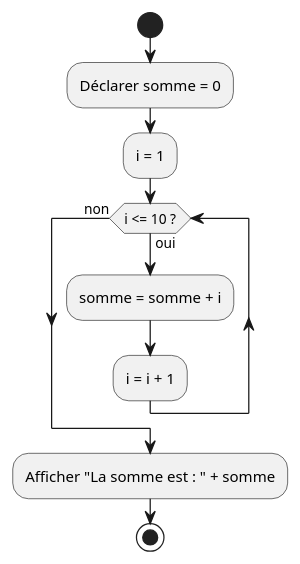
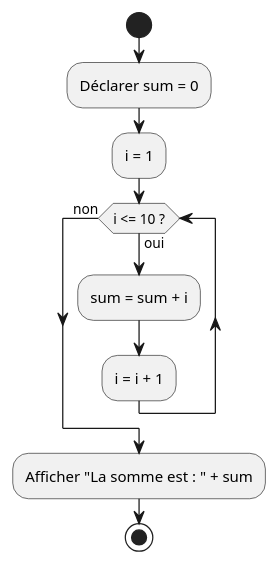
Before and after one commit to HEIG-VD-Prog-Course/HEIG-VD-ProgIM-Course: the eighth of 12 diagrams in 04.02-variables-constantes/02-exercices/README.md, drawn with PlantUML. The commit also changed other lines of this file and 1 other file, not shown here.

````diff
--- a/04.02-variables-constantes/02-exercices/README.md
+++ b/04.02-variables-constantes/02-exercices/README.md
@@ -586,13 +586,13 @@
 ```plantuml
 @startuml
 start
-:Déclarer somme = 0;
+:Déclarer sum = 0;
 :i = 1;
 while (i <= 10 ?) is (oui)
-  :somme = somme + i;
+  :sum = sum + i;
   :i = i + 1;
 endwhile (non)
-:Afficher "La somme est : " + somme;
+:Afficher "La somme est : " + sum;
 stop
 @enduml
 ```
````
